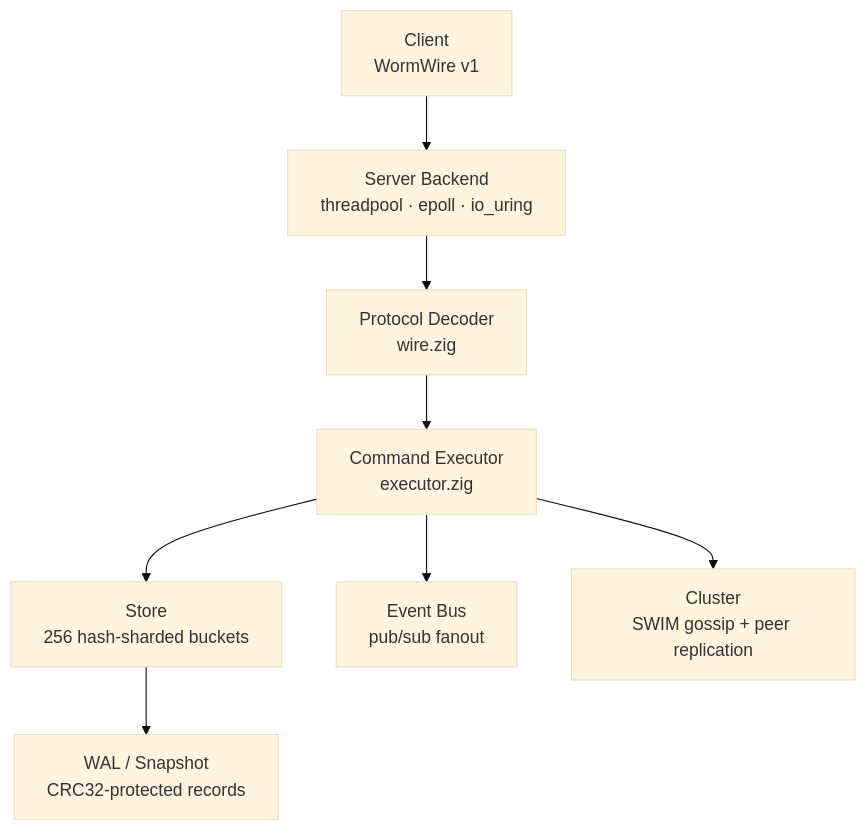
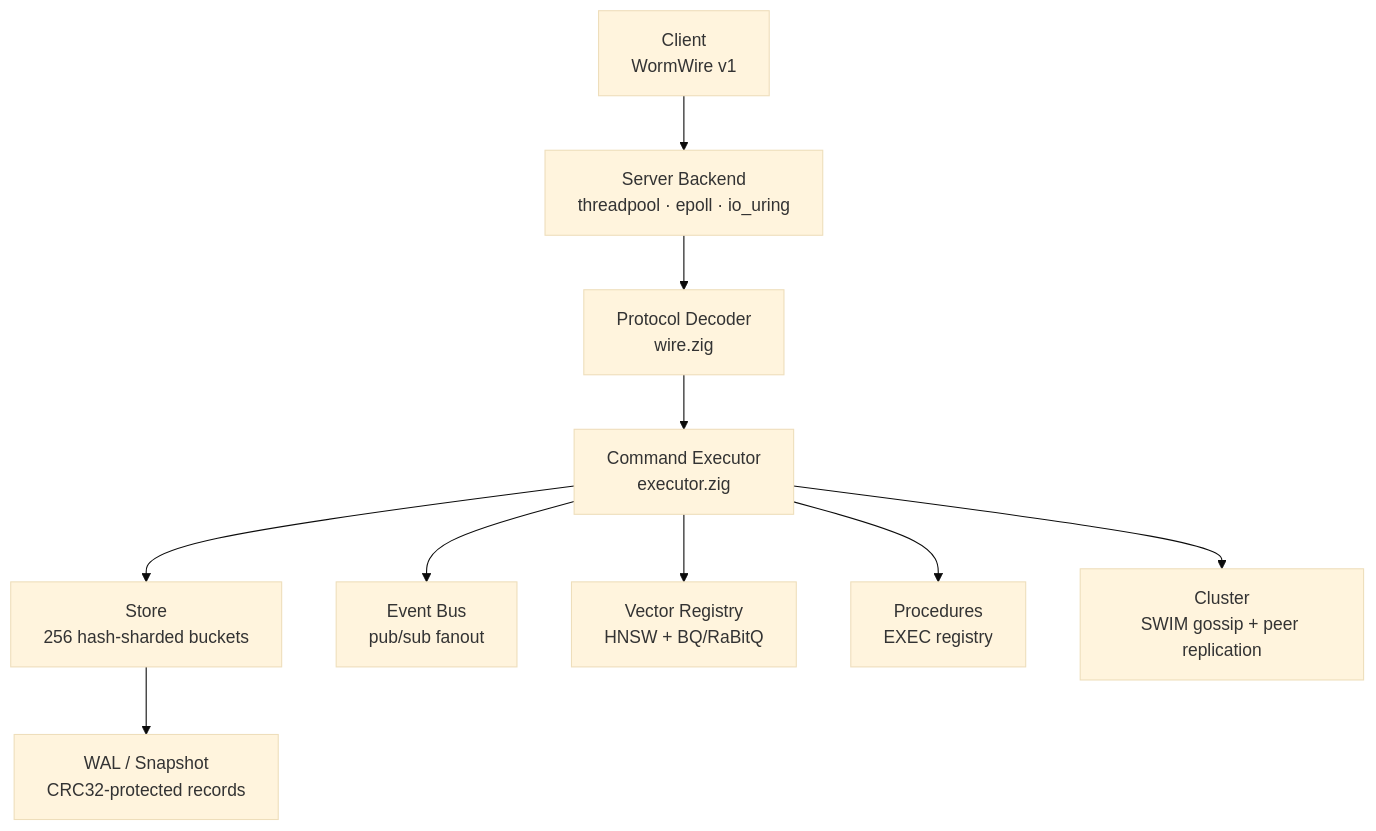
The first of 2 diagrams in docs/architecture/index.md (igorls/wormdb), drawn with Mermaid (base theme) before and after one commit. The commit also changed other lines of this file and 26 other files, not shown here.

First line of the commit message:
Enhance documentation for WormDB with vector search and procedures

````diff
--- a/docs/architecture/index.md
+++ b/docs/architecture/index.md
@@ -7,17 +7,21 @@
 ```mermaid
 flowchart TB
 	client["Client<br/>WormWire v1"]
 	transport["Server Backend<br/>threadpool · epoll · io_uring"]
 	wire["Protocol Decoder<br/>wire.zig"]
 	exec["Command Executor<br/>executor.zig"]
 	store["Store<br/>256 hash-sharded buckets"]
 	wal["WAL / Snapshot<br/>CRC32-protected records"]
 	bus["Event Bus<br/>pub/sub fanout"]
+	vector["Vector Registry<br/>HNSW + BQ/RaBitQ"]
+	procs["Procedures<br/>EXEC registry"]
 	cluster["Cluster<br/>SWIM gossip + peer replication"]
 
 	client --> transport --> wire --> exec
 	exec --> store
 	store --> wal
 	exec --> bus
+	exec --> vector
+	exec --> procs
 	exec --> cluster
 ```
````
